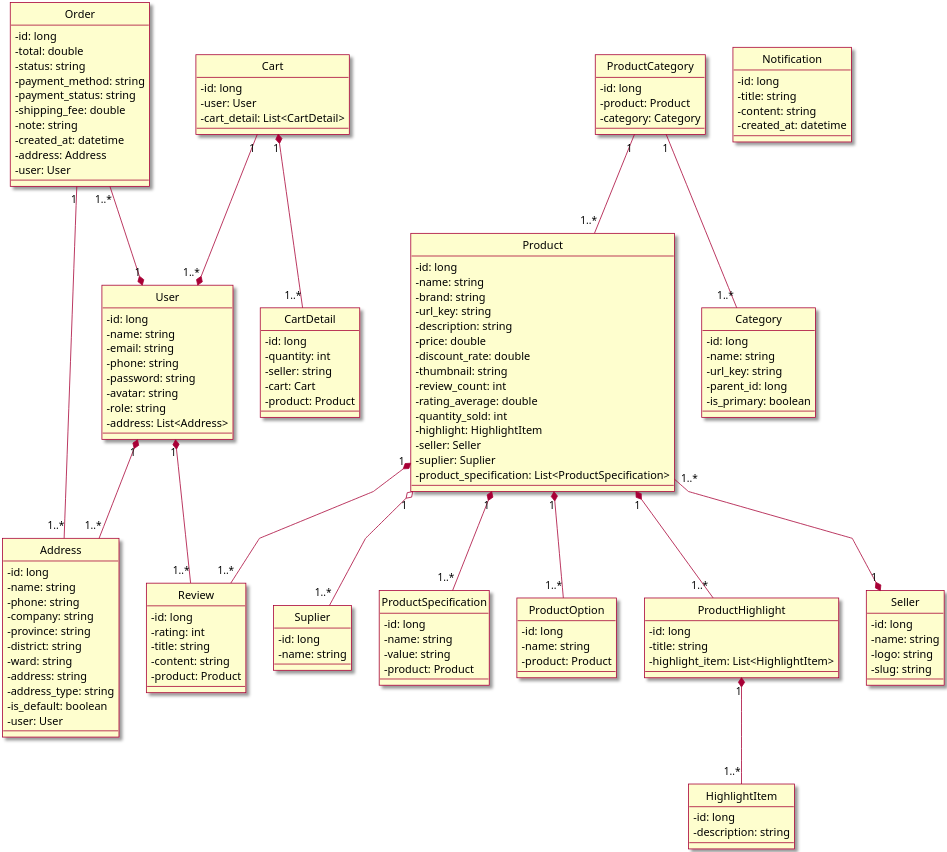
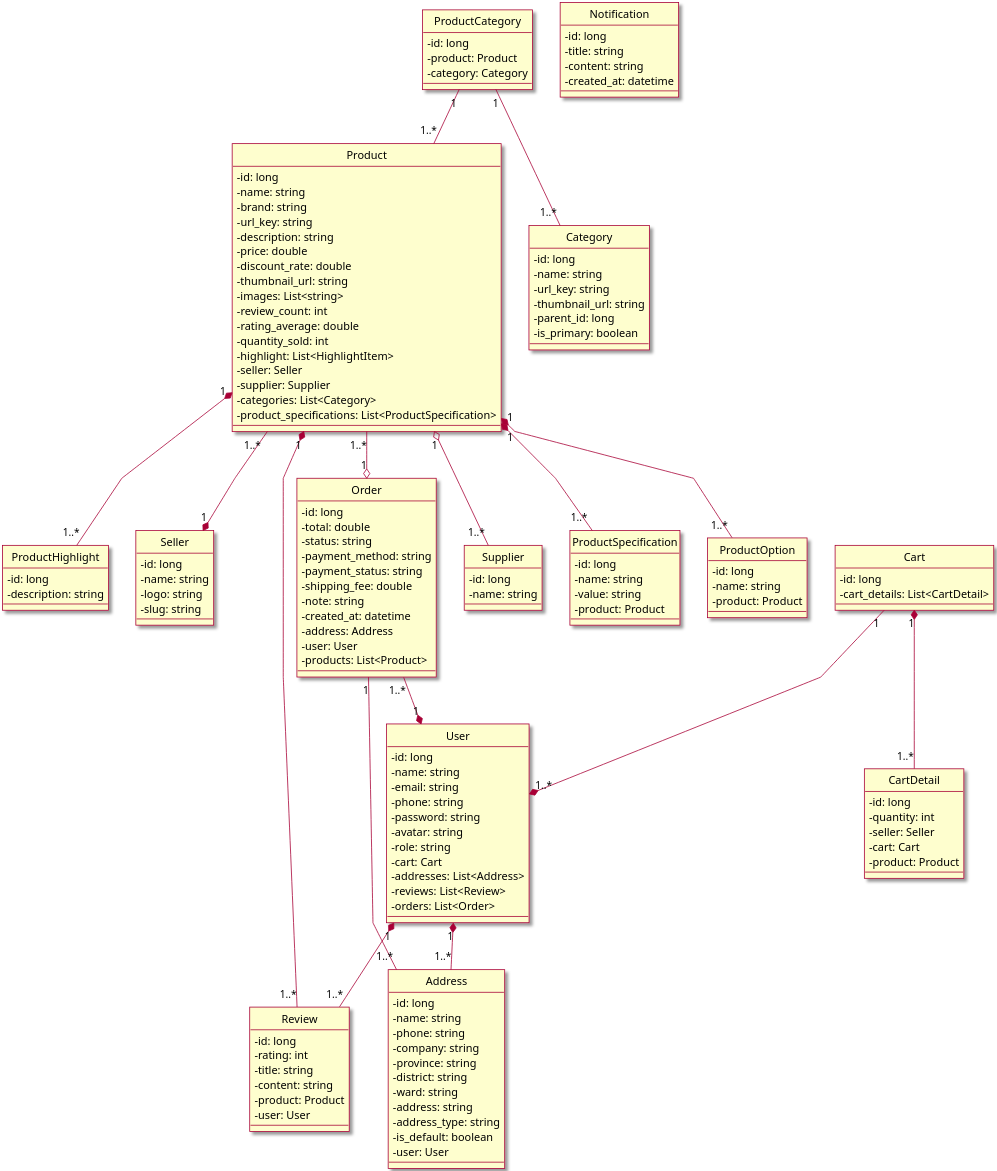
The diagram in Class/ClassDiagram.puml (Marowota/ecommerce-plantuml), drawn with PlantUML before and after one commit. The commit also changed 1 other file, not shown here.

```diff
--- a/Class/ClassDiagram.puml
+++ b/Class/ClassDiagram.puml
@@ -1,172 +1,174 @@
 @startuml Class Diagram
 
 skin rose
 skinparam classAttributeIconSize 0
 ' skinparam linetype ortho
 skinparam linetype polyline
 hide circle
 scale 3
 
 ' Product
 class Product{
     - id: long
     - name: string
     - brand: string
     - url_key: string
     - description: string
     - price: double
     - discount_rate: double
-    - thumbnail: string
+    - thumbnail_url: string
+    - images: List<string>
     - review_count: int
     - rating_average: double
     - quantity_sold: int
-    - highlight: HighlightItem
+    - highlight: List<HighlightItem>
     - seller: Seller
-    - suplier: Suplier
-    - product_specification: List<ProductSpecification>
+    - supplier: Supplier
+    - categories: List<Category>
+    - product_specifications: List<ProductSpecification>
 }
 
-class Suplier{
+class Supplier{
     - id: long
     - name: string
 }
 
 class ProductSpecification{
     - id: long
     - name: string
     - value: string
     - product: Product
 }
 
 class ProductOption{
     - id: long
     - name: string
     - product: Product
 }
 
 class ProductCategory{
     - id: long
     - product: Product
     - category: Category
 }
 
 class ProductHighlight{
     - id: long
-    - title: string
-    - highlight_item: List<HighlightItem>
-}
-
-class HighlightItem{
-    - id: long
     - description: string
 }
 
 class Seller{
     - id: long
     - name: string
     - logo: string
     - slug: string
 }
 
 ' Category
 class Category{
     - id: long
     - name: string
     - url_key: string
+    - thumbnail_url: string
     - parent_id: long
     - is_primary: boolean
 }
 
 ' Review
 class Review{
     - id: long
     - rating: int
     - title: string
     - content: string
     - product: Product
+    - user: User
 }
 
 ' User
 class User{
     - id: long
     - name: string
     - email: string
     - phone: string
     - password: string
     - avatar: string
     - role: string
-    - address: List<Address>
+    - cart: Cart
+    - addresses: List<Address>
+    - reviews: List<Review>
+    - orders: List<Order>
 }
 
 class Address{
     - id: long
     - name: string
     - phone: string
     - company: string
     - province: string
     - district: string
     - ward: string
     - address: string
     - address_type: string
     - is_default: boolean
     - user: User
 }
 
 
 ' Cart
 class Cart{
     - id: long
-    - user: User
-    - cart_detail: List<CartDetail>
+    - cart_details: List<CartDetail>
 }
 
 class CartDetail{
     - id: long
     - quantity: int
-    - seller: string
+    - seller: Seller
     - cart: Cart
     - product: Product
 }
 
 ' Order
 class Order{
     - id: long
     - total: double
     - status: string
     - payment_method: string
     - payment_status: string
     - shipping_fee: double
     - note: string
     - created_at: datetime
     - address: Address
     - user: User
+    - products: List<Product>
 }
 
 ' Notification
 class Notification{
     - id: long
     - title: string
     - content: string
     - created_at: datetime
 }
 
 Product "1" *-- "1..*" ProductSpecification
 Product "1" *-- "1..*" ProductOption
 Product "1..* "--* "1" Seller
-Product "1" o-- "1..*" Suplier
+Product "1" o-- "1..*" Supplier
 Product "1" *-- "1..*" Review
+Product "1..*" --o "1" Order
 Product "1" *-- "1..*" ProductHighlight
-ProductHighlight "1" *-- "1..*" HighlightItem
 
 ProductCategory "1" -- "1..*" Product
 ProductCategory "1" -- "1..*" Category
 
 User "1" *-- "1..*" Address
 User "1" *-- "1..*" Review
 
 Cart "1" --* "1..*" User
 Cart "1" *-- "1..*" CartDetail
 
 Order "1..*" --* "1" User
 Order "1" -- "1..*" Address
+
 @enduml
```
